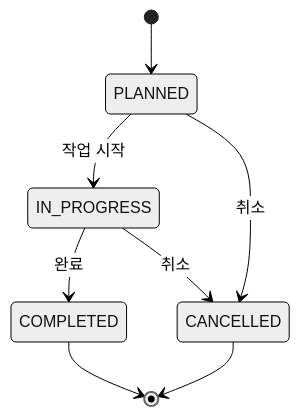
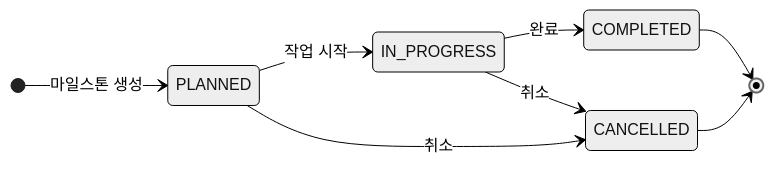
Before and after one commit to SRIOUSS/miniDooray: the fourth of 4 diagrams in ERD.md, drawn with Mermaid (neutral theme). The commit also changed other lines of this file and 1 other file, not shown here.

Commit message:
erd 보강

````diff
--- a/ERD.md
+++ b/ERD.md
@@ -132,10 +245,11 @@
 ```mermaid
 stateDiagram-v2
-    [*] --> PLANNED
+    direction LR
+    [*] --> PLANNED : 마일스톤 생성
     PLANNED --> IN_PROGRESS : 작업 시작
     IN_PROGRESS --> COMPLETED : 완료
     IN_PROGRESS --> CANCELLED : 취소
     PLANNED --> CANCELLED : 취소
     COMPLETED --> [*]
     CANCELLED --> [*]
 ```
````
